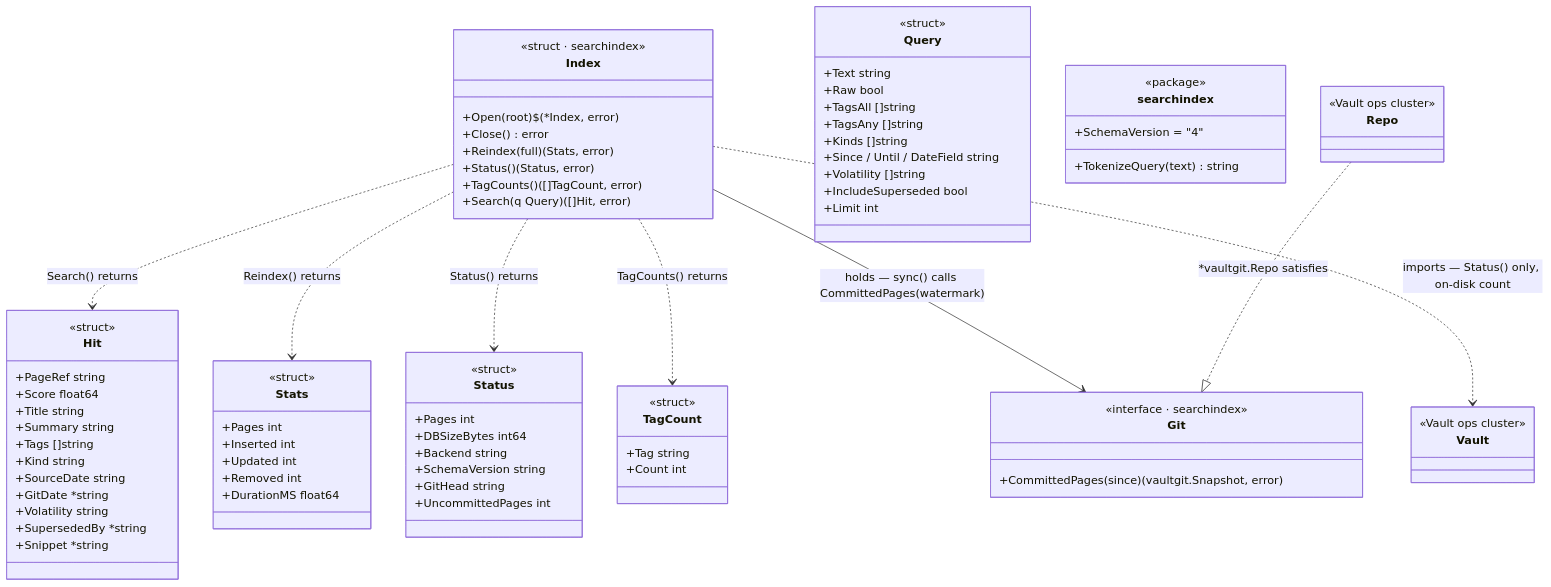
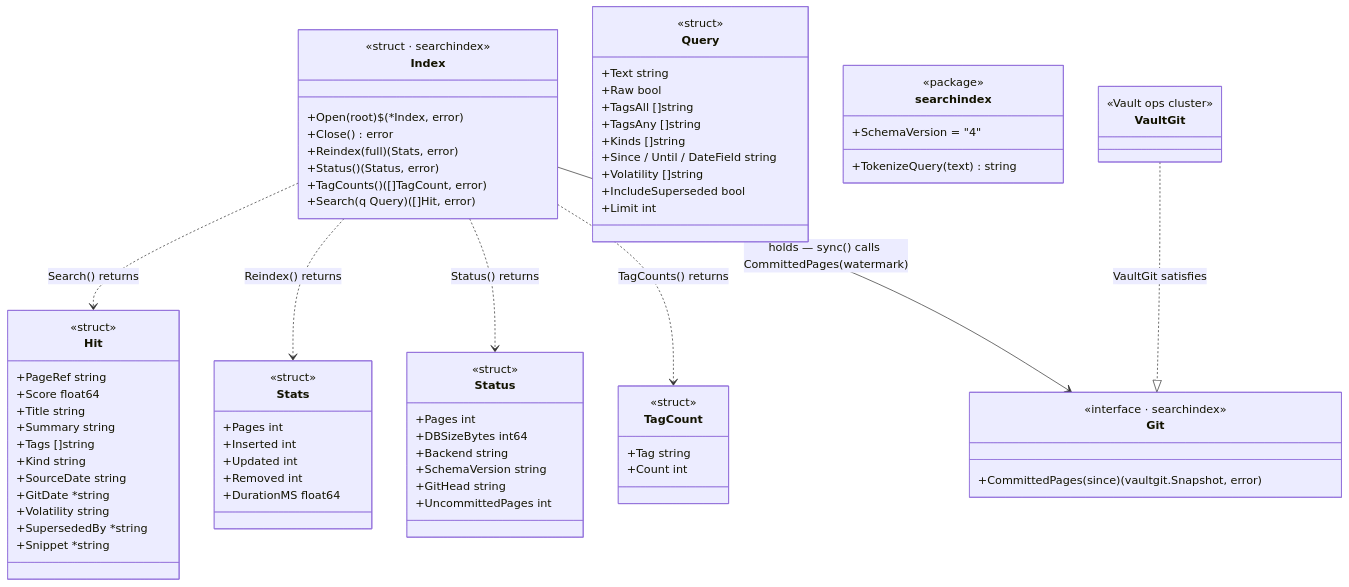
One commit to dhague/enchiridion changed the fifth of 9 diagrams in docs/architecture.md. Above: the diagram before and after it, drawn with Mermaid. The commit also changed other lines of this file and 95 other files, not shown here.

````diff
--- a/docs/architecture.md
+++ b/docs/architecture.md
@@ -363,10 +362,7 @@
         <<interface · searchindex>>
         +CommittedPages(since) (vaultgit.Snapshot, error)
     }
-    class Repo {
-        <<Vault ops cluster>>
-    }
-    class Vault {
+    class VaultGit {
         <<Vault ops cluster>>
     }
 
@@ -375,6 +371,5 @@
     Index ..> Status : Status() returns
     Index ..> TagCount : TagCounts() returns
     Index --> Git : holds — sync() calls CommittedPages(watermark)
-    Repo ..|> Git : *vaultgit.Repo satisfies
-    Index ..> Vault : imports — Status() only, on-disk count
+    VaultGit ..|> Git : VaultGit satisfies
 ```
````
